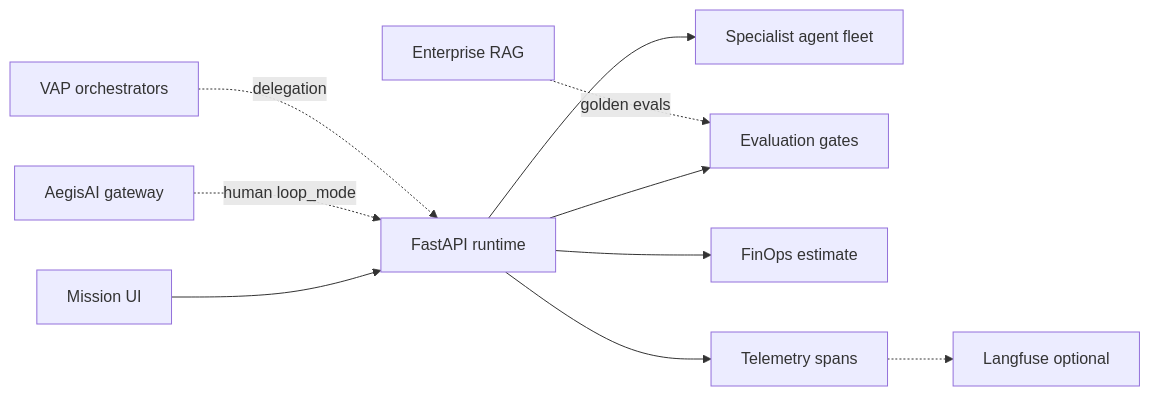
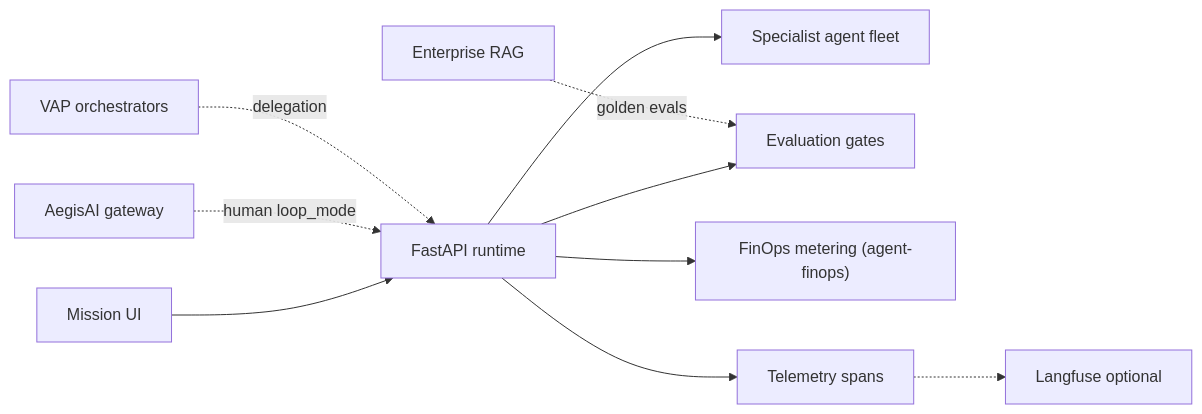
The diagram in README.md (vpeetla-ai/aegisloop-agentops-workbench), drawn with Mermaid before and after one commit. The commit also changed other lines of this file, not shown here.

First line of the commit message:
Align FinOps wording with real metering and surface Render API.

````diff
--- a/README.md
+++ b/README.md
@@ -50,12 +52,12 @@
 ```mermaid
 flowchart LR
   User["Mission UI"] --> API["FastAPI runtime"]
   API --> Fleet["Specialist agent fleet"]
   API --> Eval["Evaluation gates"]
-  API --> Fin["FinOps estimate"]
+  API --> Fin["FinOps metering (agent-finops)"]
   API --> Tel["Telemetry spans"]
   Tel -.-> LF["Langfuse optional"]
   GW["AegisAI gateway"] -.->|"human loop_mode"| API
   VAP["VAP orchestrators"] -.->|"delegation"| API
   RAG["Enterprise RAG"] -.->|"golden evals"| Eval
 ```
````
